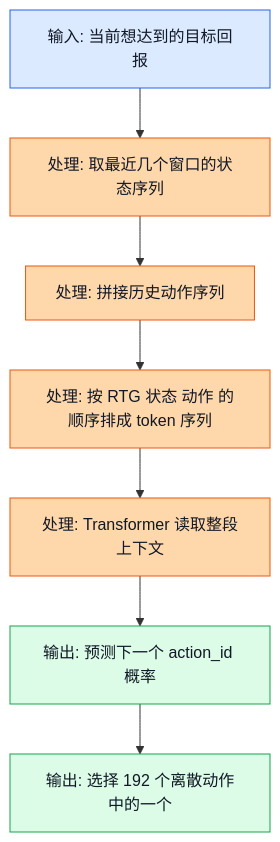
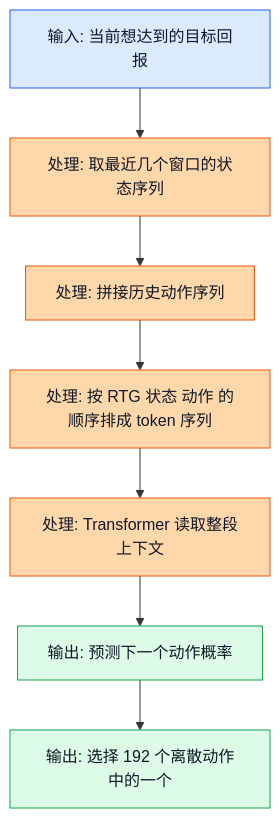
The first of 4 diagrams in learn/17_Decision_Transformer.md (Mrphase/RL-Doc), drawn with Mermaid before and after one commit. The commit also changed other lines of this file and 14 other files, not shown here.

First line of the commit message:
fix: clean mermaid labels in learn docs

````diff
--- a/learn/17_Decision_Transformer.md
+++ b/learn/17_Decision_Transformer.md
@@ -120,17 +120,17 @@
 ```mermaid
 flowchart TD
     A["输入: 当前想达到的目标回报"] --> B["处理: 取最近几个窗口的状态序列"]
     B --> C["处理: 拼接历史动作序列"]
     C --> D["处理: 按 RTG 状态 动作 的顺序排成 token 序列"]
     D --> E["处理: Transformer 读取整段上下文"]
-    E --> F["输出: 预测下一个 action_id 概率"]
+    E --> F["输出: 预测下一个动作概率"]
     F --> G["输出: 选择 192 个离散动作中的一个"]
 
     classDef input fill:#dbeafe,stroke:#2563eb,color:#111827;
     classDef process fill:#fed7aa,stroke:#ea580c,color:#111827;
     classDef output fill:#dcfce7,stroke:#16a34a,color:#111827;
 
     class A input;
     class B,C,D,E process;
     class F,G output;
 ```
````
